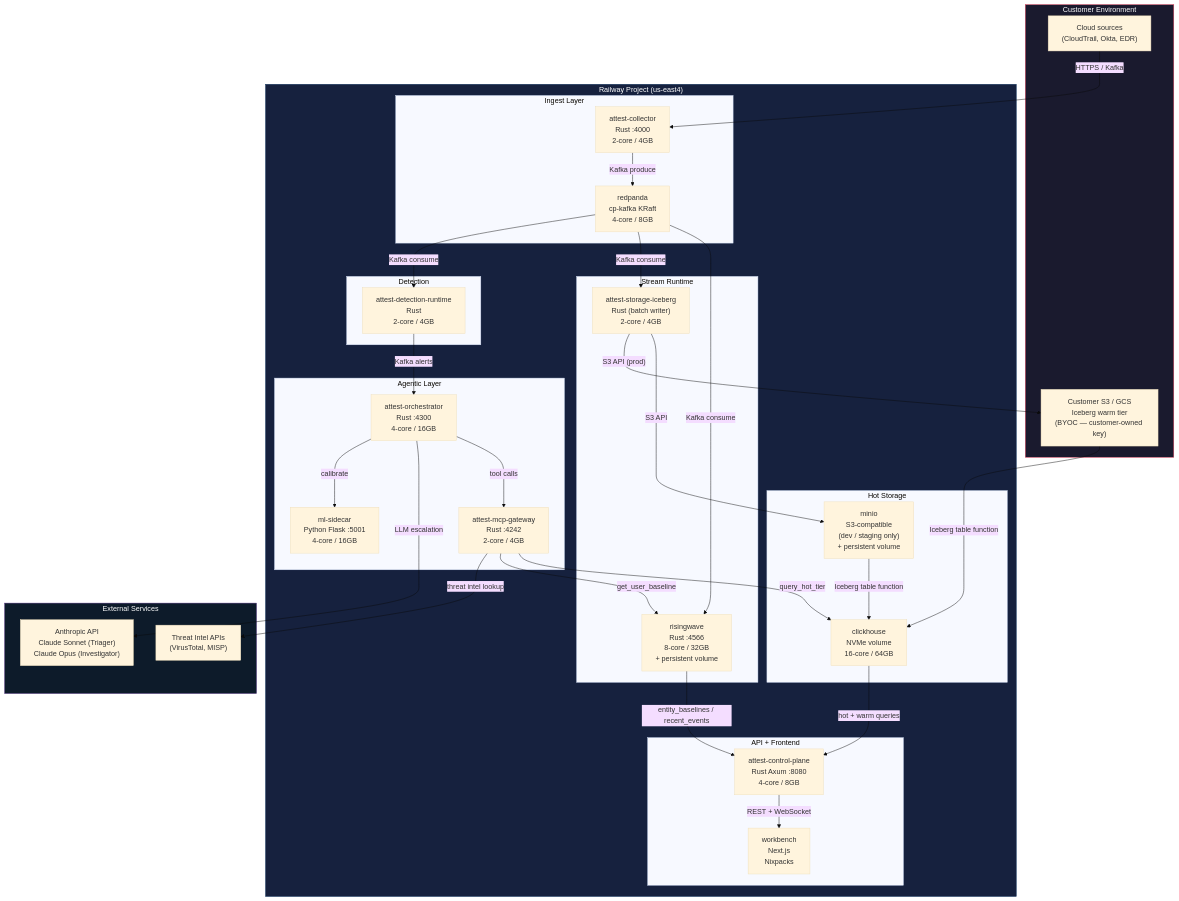
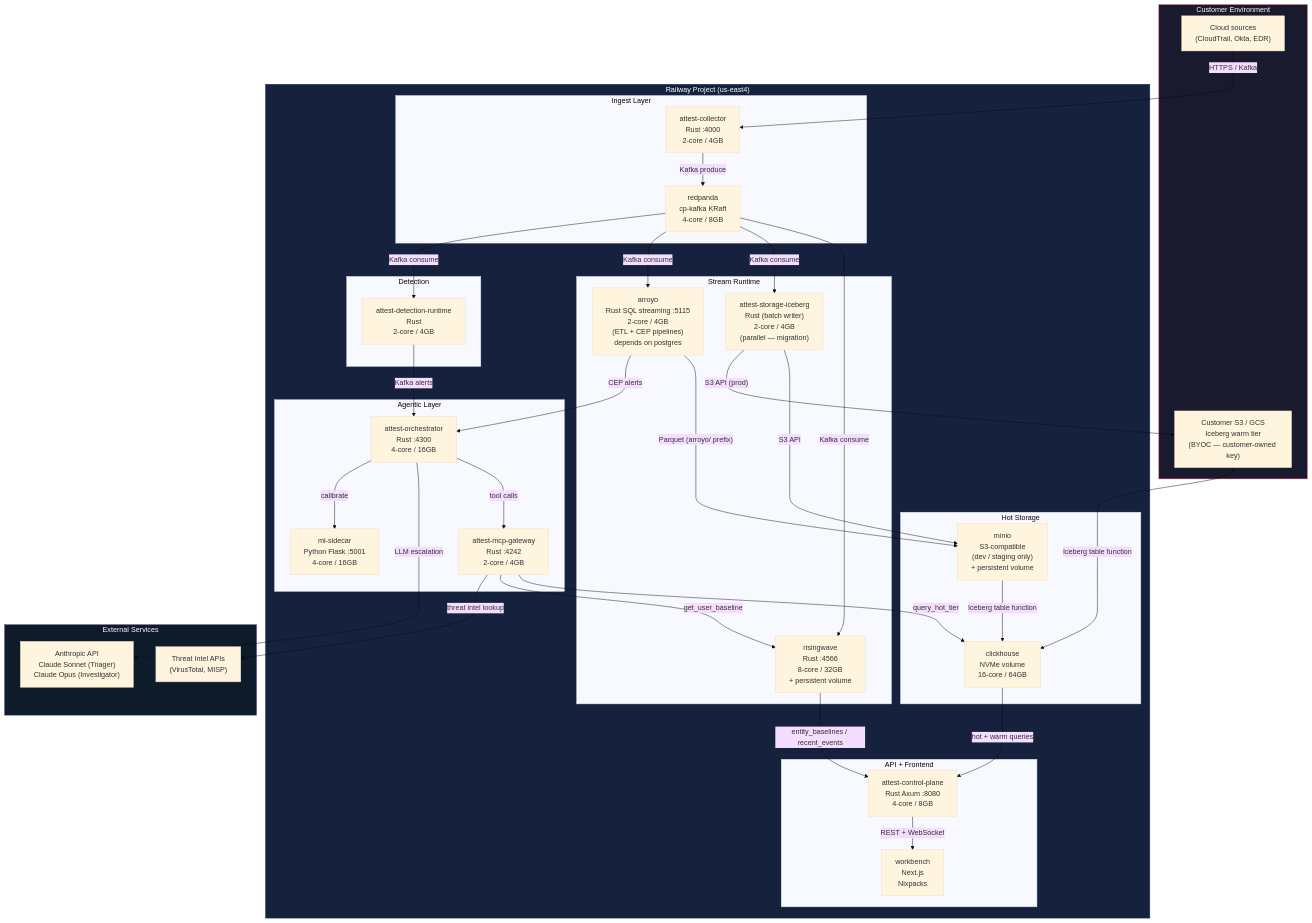
Before and after one commit to mhomaid/attest: the tenth of 12 diagrams in docs/03_Architecture_Diagrams.md, drawn with Mermaid (base theme). The commit also changed other lines of this file and 7 other files, not shown here.

````diff
--- a/docs/03_Architecture_Diagrams.md
+++ b/docs/03_Architecture_Diagrams.md
@@ -663,68 +669,72 @@
 ```mermaid
 flowchart TB
     subgraph Customer["Customer Environment"]
         SOURCES["Cloud sources\n(CloudTrail, Okta, EDR)"]
         S3["Customer S3 / GCS\nIceberg warm tier\n(BYOC — customer-owned key)"]
     end
 
     subgraph Railway["Railway Project (us-east4)"]
         subgraph Ingest["Ingest Layer"]
             COL["attest-collector\nRust :4000\n2-core / 4GB"]
             RP["redpanda\ncp-kafka KRaft\n4-core / 8GB"]
         end
 
         subgraph Stream["Stream Runtime"]
             RW["risingwave\nRust :4566\n8-core / 32GB\n+ persistent volume"]
-            IW["attest-storage-iceberg\nRust (batch writer)\n2-core / 4GB"]
+            IW["attest-storage-iceberg\nRust (batch writer)\n2-core / 4GB\n(parallel — migration)"]
+            ARR["arroyo\nRust SQL streaming :5115\n2-core / 4GB\n(ETL + CEP pipelines)\ndepends on postgres"]
         end
 
         subgraph Storage["Hot Storage"]
             CH["clickhouse\nNVMe volume\n16-core / 64GB"]
             MINIO["minio\nS3-compatible\n(dev / staging only)\n+ persistent volume"]
         end
 
         subgraph AgentLayer["Agentic Layer"]
             ORCH["attest-orchestrator\nRust :4300\n4-core / 16GB"]
             MCP_GW["attest-mcp-gateway\nRust :4242\n2-core / 4GB"]
             ML["ml-sidecar\nPython Flask :5001\n4-core / 16GB"]
         end
 
         subgraph API["API + Frontend"]
             CP["attest-control-plane\nRust Axum :8080\n4-core / 8GB"]
             WB["workbench\nNext.js\nNixpacks"]
         end
 
         subgraph Detection["Detection"]
             DR["attest-detection-runtime\nRust\n2-core / 4GB"]
         end
     end
 
     subgraph External["External Services"]
         ANT["Anthropic API\nClaude Sonnet (Triager)\nClaude Opus (Investigator)"]
         TI_EXT["Threat Intel APIs\n(VirusTotal, MISP)"]
     end
 
     SOURCES -->|"HTTPS / Kafka"| COL
     COL -->|"Kafka produce"| RP
     RP -->|"Kafka consume"| RW
     RP -->|"Kafka consume"| IW
+    RP -->|"Kafka consume"| ARR
     RP -->|"Kafka consume"| DR
     IW -->|"S3 API"| MINIO
     IW -->|"S3 API (prod)"| S3
+    ARR -->|"Parquet (arroyo/ prefix)"| MINIO
+    ARR -->|"CEP alerts"| ORCH
     MINIO -->|"Iceberg table function"| CH
     S3 -->|"Iceberg table function"| CH
     RW -->|"entity_baselines / recent_events"| CP
     CH -->|"hot + warm queries"| CP
     DR -->|"Kafka alerts"| ORCH
     ORCH -->|"tool calls"| MCP_GW
     MCP_GW -->|"query_hot_tier"| CH
     MCP_GW -->|"get_user_baseline"| RW
     ORCH -->|"LLM escalation"| ANT
     MCP_GW -->|"threat intel lookup"| TI_EXT
     ORCH -->|"calibrate"| ML
     CP -->|"REST + WebSocket"| WB
 
     style Customer fill:#1a1a2e,stroke:#e94560,color:#fff
     style Railway fill:#16213e,stroke:#0f3460,color:#fff
     style External fill:#0d1b2a,stroke:#533483,color:#fff
 ```
````
